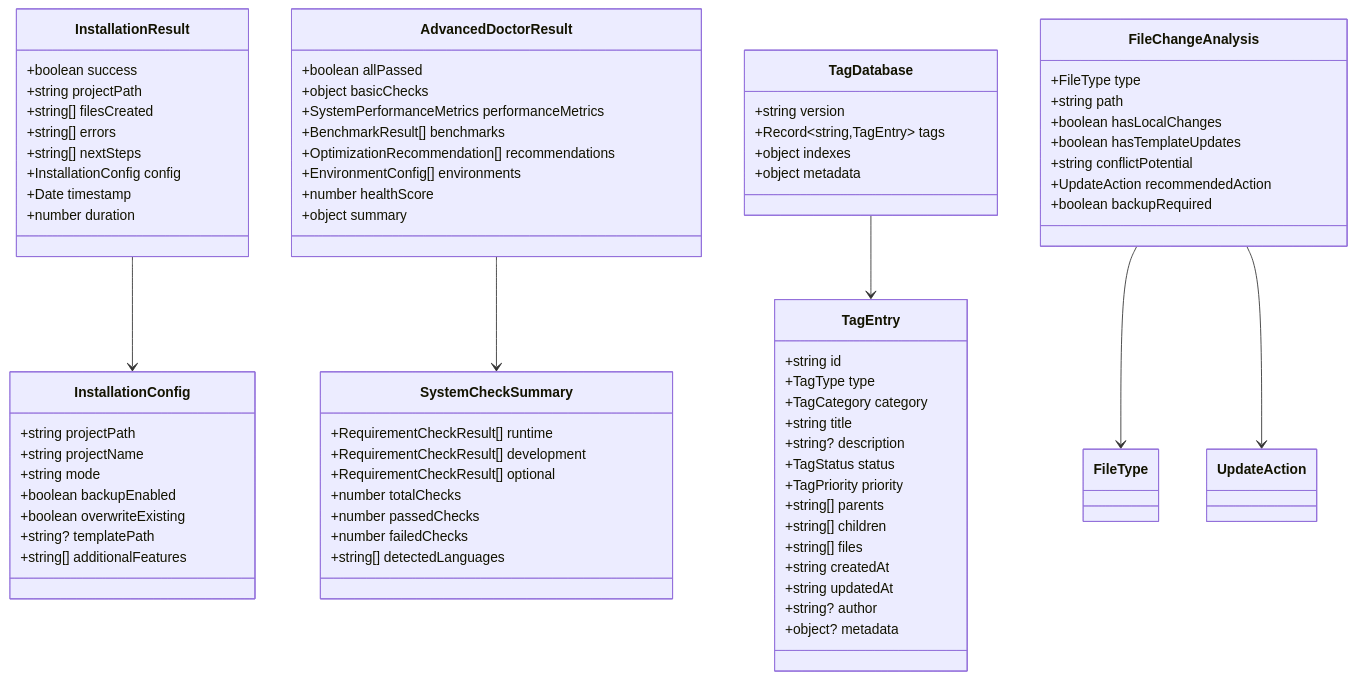
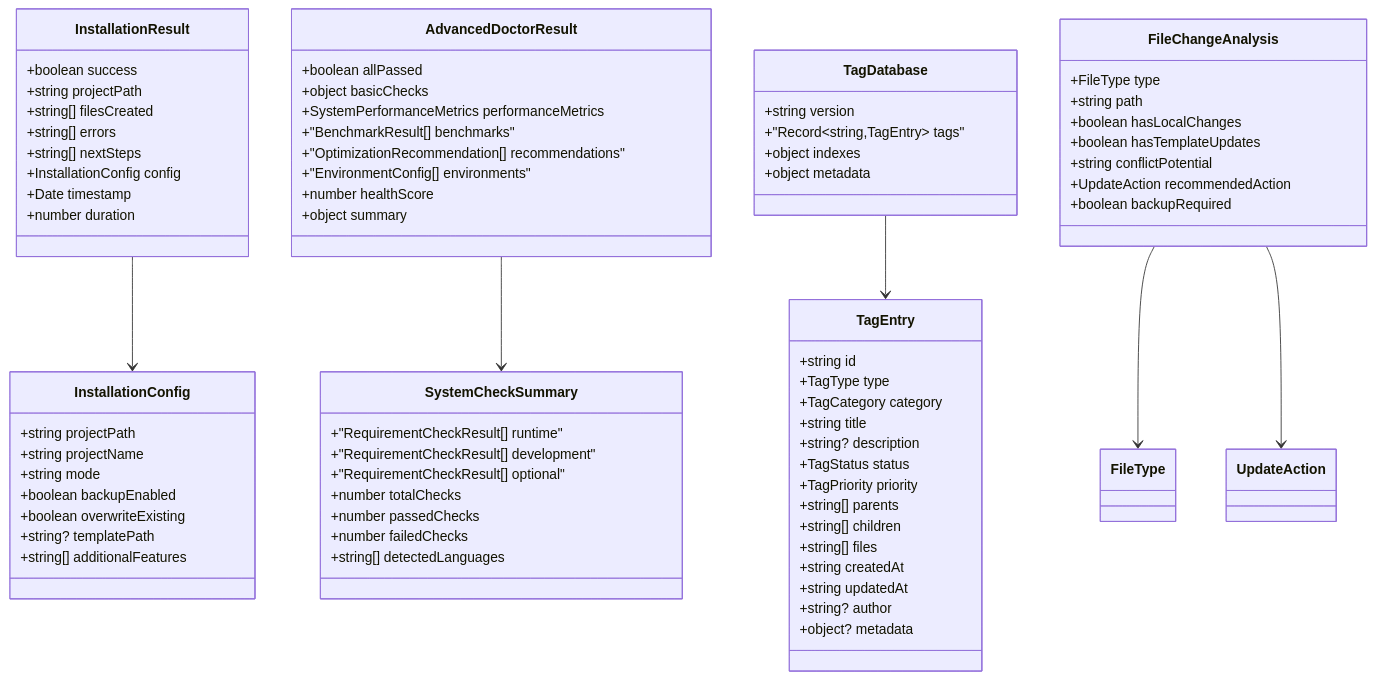
One commit to modu-ai/moai-adk changed the sixth of 6 diagrams in docs/reference/api-reference.md. Above: the diagram before and after it, drawn with Mermaid. The commit also changed other lines of this file and 19 other files, not shown here.

First line of the commit message:
🎨 fix: docs 전체 Mermaid 다이어그램 특수문자 오류 수정 (19개 파일)

```diff
--- a/docs/reference/api-reference.md
+++ b/docs/reference/api-reference.md
@@ -1149,9 +1149,9 @@
     }
 
     class SystemCheckSummary {
-        +RequirementCheckResult[] runtime
-        +RequirementCheckResult[] development
-        +RequirementCheckResult[] optional
+        +"RequirementCheckResult[] runtime"
+        +"RequirementCheckResult[] development"
+        +"RequirementCheckResult[] optional"
         +number totalChecks
         +number passedChecks
         +number failedChecks
@@ -1162,9 +1162,9 @@
         +boolean allPassed
         +object basicChecks
         +SystemPerformanceMetrics performanceMetrics
-        +BenchmarkResult[] benchmarks
-        +OptimizationRecommendation[] recommendations
-        +EnvironmentConfig[] environments
+        +"BenchmarkResult[] benchmarks"
+        +"OptimizationRecommendation[] recommendations"
+        +"EnvironmentConfig[] environments"
         +number healthScore
         +object summary
     }
@@ -1188,7 +1188,7 @@
 
     class TagDatabase {
         +string version
-        +Record~string,TagEntry~ tags
+        +"Record~string,TagEntry~ tags"
         +object indexes
         +object metadata
     }
```
